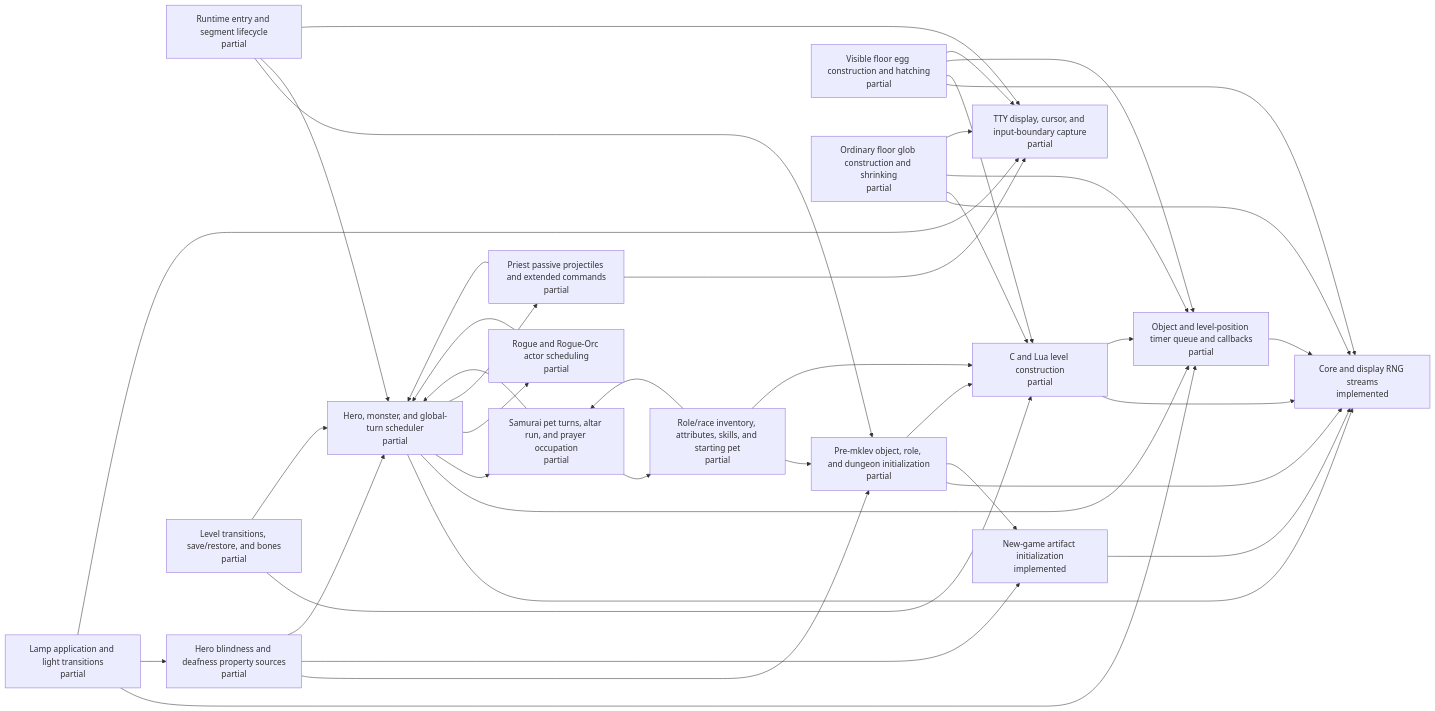
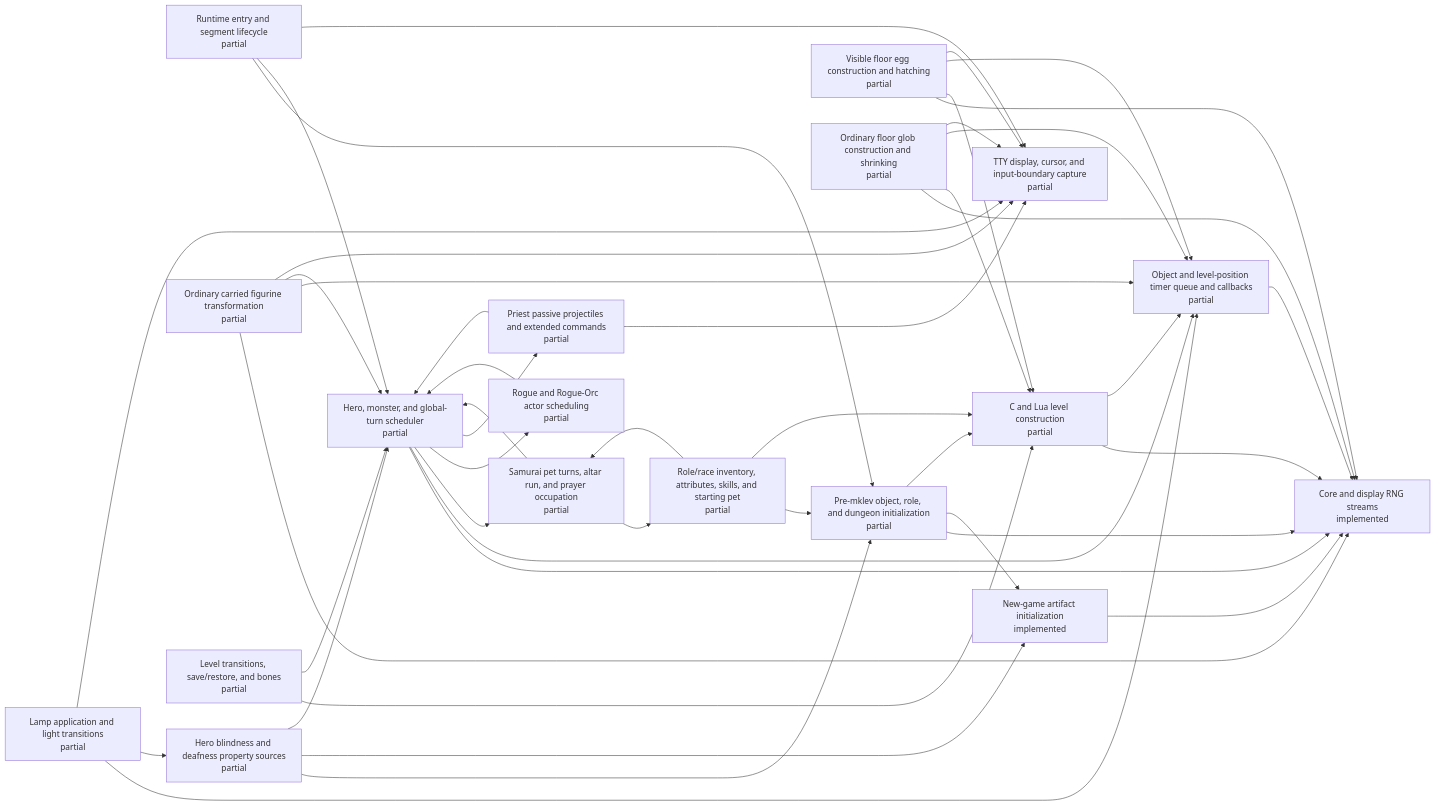
The diagram in docs/architecture/c-lua-ownership.generated.md (daoa0601/teleport-contest), drawn with Mermaid before and after one commit. The commit also changed other lines of this file and 3 other files, not shown here.

Commit message:
Record carried figurine transform ownership

````diff
--- a/docs/architecture/c-lua-ownership.generated.md
+++ b/docs/architecture/c-lua-ownership.generated.md
@@ -11,59 +11,64 @@
 ```mermaid
 flowchart LR
     n_runtime_entry["Runtime entry and segment lifecycle<br/>partial"]
     n_rng_core["Core and display RNG streams<br/>implemented"]
     n_startup_pre_mklev["Pre-mklev object, role, and dungeon initialization<br/>partial"]
     n_startup_artifacts["New-game artifact initialization<br/>implemented"]
     n_startup_role_inventory["Role/race inventory, attributes, skills, and starting pet<br/>partial"]
     n_hero_sensory_properties["Hero blindness and deafness property sources<br/>partial"]
     n_level_generation["C and Lua level construction<br/>partial"]
     n_object_timer_queue["Object and level-position timer queue and callbacks<br/>partial"]
     n_floor_egg_hatching["Visible floor egg construction and hatching<br/>partial"]
     n_floor_glob_shrinking["Ordinary floor glob construction and shrinking<br/>partial"]
+    n_carried_figurine_transform["Ordinary carried figurine transformation<br/>partial"]
     n_timed_lamp_application["Lamp application and light transitions<br/>partial"]
     n_turn_scheduler["Hero, monster, and global-turn scheduler<br/>partial"]
     n_samurai_pet_turns["Samurai pet turns, altar run, and prayer occupation<br/>partial"]
     n_rogue_actor_scheduling["Rogue and Rogue-Orc actor scheduling<br/>partial"]
     n_priest_passive_projectiles["Priest passive projectiles and extended commands<br/>partial"]
     n_tty_display["TTY display, cursor, and input-boundary capture<br/>partial"]
     n_level_transition_persistence["Level transitions, save/restore, and bones<br/>partial"]
     n_runtime_entry --> n_startup_pre_mklev
     n_runtime_entry --> n_turn_scheduler
     n_runtime_entry --> n_tty_display
     n_startup_pre_mklev --> n_rng_core
     n_startup_pre_mklev --> n_startup_artifacts
     n_startup_pre_mklev --> n_level_generation
     n_startup_artifacts --> n_rng_core
     n_startup_role_inventory --> n_startup_pre_mklev
     n_startup_role_inventory --> n_level_generation
     n_startup_role_inventory --> n_samurai_pet_turns
     n_hero_sensory_properties --> n_startup_pre_mklev
     n_hero_sensory_properties --> n_startup_artifacts
     n_hero_sensory_properties --> n_turn_scheduler
     n_level_generation --> n_rng_core
     n_level_generation --> n_object_timer_queue
     n_object_timer_queue --> n_rng_core
     n_floor_egg_hatching --> n_rng_core
     n_floor_egg_hatching --> n_level_generation
     n_floor_egg_hatching --> n_object_timer_queue
     n_floor_egg_hatching --> n_tty_display
     n_floor_glob_shrinking --> n_rng_core
     n_floor_glob_shrinking --> n_level_generation
     n_floor_glob_shrinking --> n_object_timer_queue
     n_floor_glob_shrinking --> n_tty_display
+    n_carried_figurine_transform --> n_rng_core
+    n_carried_figurine_transform --> n_object_timer_queue
+    n_carried_figurine_transform --> n_turn_scheduler
+    n_carried_figurine_transform --> n_tty_display
     n_timed_lamp_application --> n_object_timer_queue
     n_timed_lamp_application --> n_hero_sensory_properties
     n_timed_lamp_application --> n_tty_display
     n_turn_scheduler --> n_rng_core
     n_turn_scheduler --> n_object_timer_queue
     n_turn_scheduler --> n_samurai_pet_turns
     n_turn_scheduler --> n_rogue_actor_scheduling
     n_turn_scheduler --> n_priest_passive_projectiles
     n_samurai_pet_turns --> n_turn_scheduler
     n_samurai_pet_turns --> n_startup_role_inventory
     n_rogue_actor_scheduling --> n_turn_scheduler
     n_priest_passive_projectiles --> n_turn_scheduler
     n_priest_passive_projectiles --> n_tty_display
     n_level_transition_persistence --> n_level_generation
     n_level_transition_persistence --> n_turn_scheduler
 ```
````
